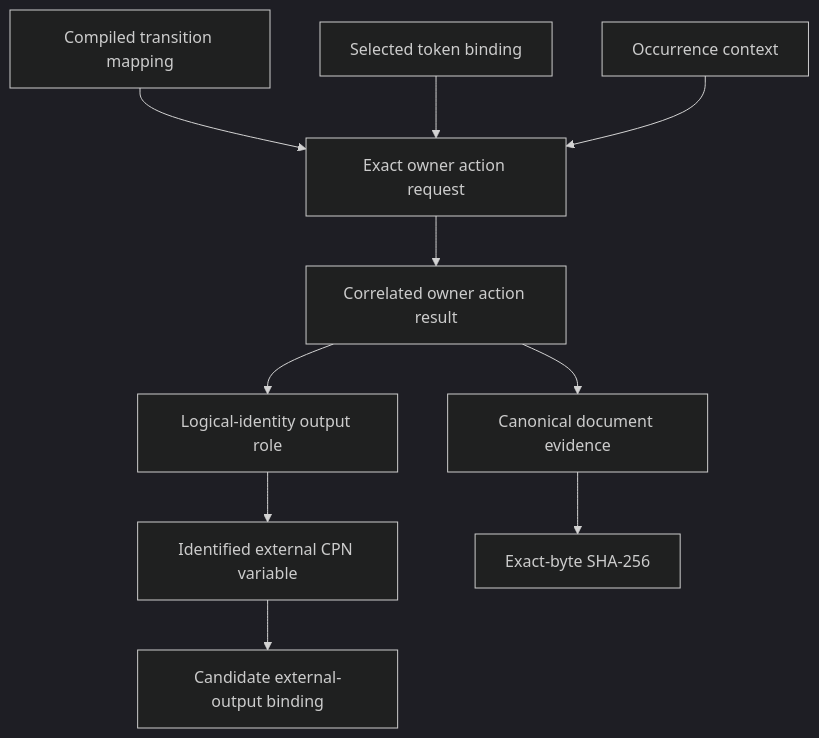
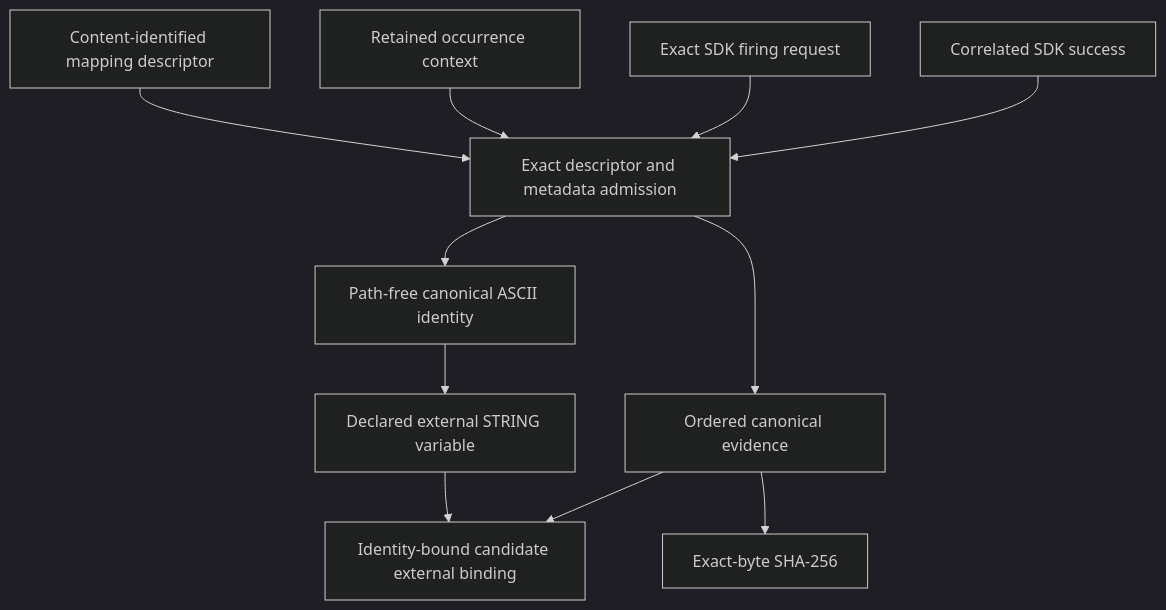
Before and after one commit to eragasa/projectkoios-workflow: the diagram in docs/architecture/projectkoios/workflow/sdk/actions/TransitionActionBinding/schematic.md, drawn with Mermaid (dark theme). The commit also changed 14 other files, not shown here.

Commit message:
feat: add experimental ASCII output mapping

````diff
--- a/docs/architecture/projectkoios/workflow/sdk/actions/TransitionActionBinding/schematic.md
+++ b/docs/architecture/projectkoios/workflow/sdk/actions/TransitionActionBinding/schematic.md
@@ -5,23 +5,24 @@
 ```mermaid
 flowchart TD
-    M[Compiled transition mapping]
-    B[Selected token binding]
-    C[Occurrence context]
-    Q[Exact owner action request]
-    R[Correlated owner action result]
-    I[Logical-identity output role]
-    V[Identified external CPN variable]
-    E[Canonical document evidence]
+    M[Content-identified mapping descriptor]
+    C[Retained occurrence context]
+    Q[Exact SDK firing request]
+    R[Correlated SDK success]
+    A[Exact descriptor and metadata admission]
+    I[Path-free canonical ASCII identity]
+    V[Declared external STRING variable]
+    E[Ordered canonical evidence]
     H[Exact-byte SHA-256]
-    X[Candidate external-output binding]
+    X[Identity-bound candidate external binding]
 
-    M --> Q
-    B --> Q
-    C --> Q
-    Q --> R
-    R --> I
+    M --> A
+    C --> A
+    Q --> A
+    R --> A
+    A --> I
     I --> V
     V --> X
-    R --> E
+    A --> E
     E --> H
+    E --> X
 ```
````
